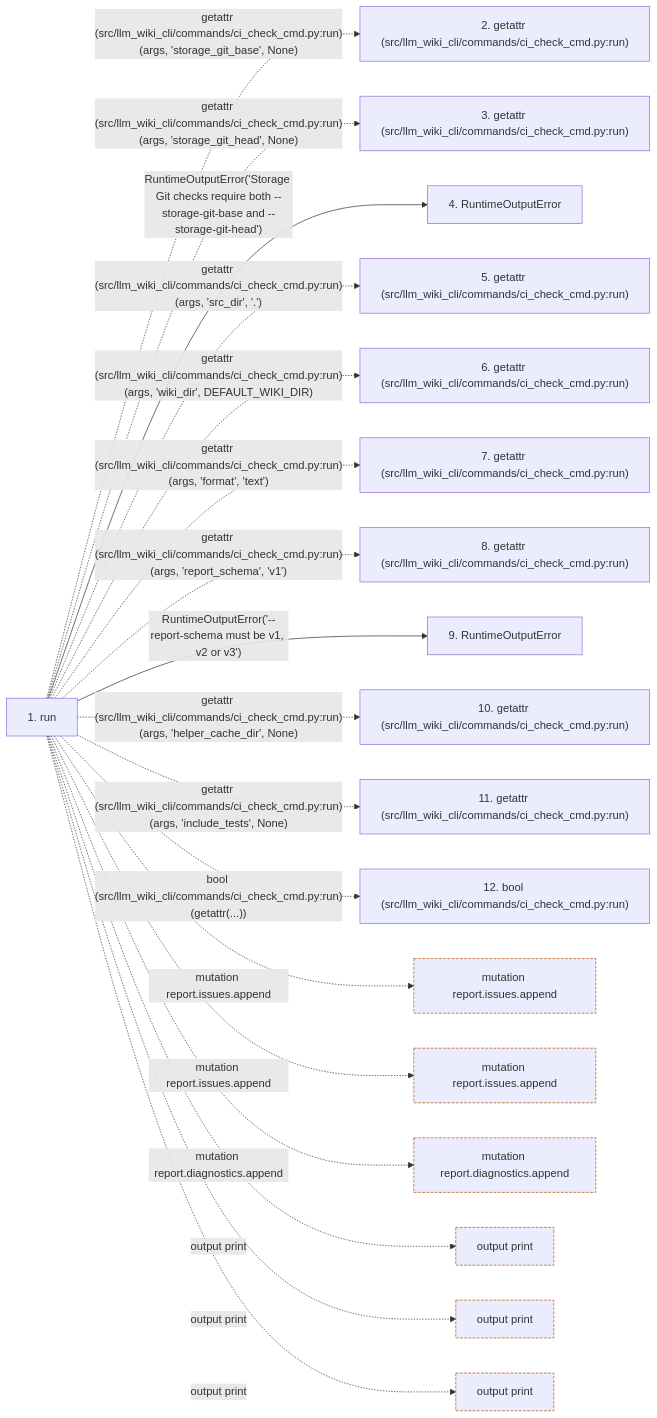
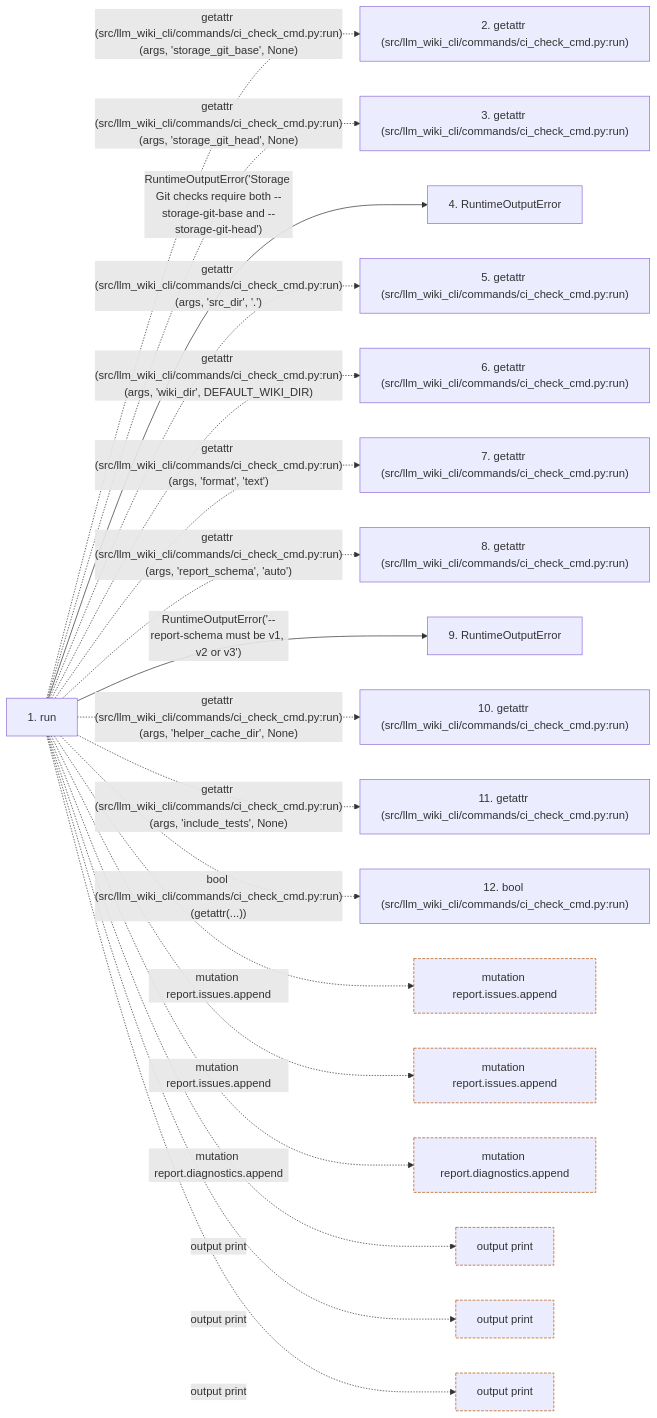
One commit to Denissvgn/python-wiki-llm changed the second of 2 diagrams in docs/llm_wiki/flows/cli-ci-check.md. Above: the diagram before and after it, drawn with Mermaid. The commit also changed other lines of this file and 391 other files, not shown here.

````diff
--- a/docs/llm_wiki/flows/cli-ci-check.md
+++ b/docs/llm_wiki/flows/cli-ci-check.md
@@ -134,48 +136,48 @@
 ```mermaid
 flowchart LR
     s1["1. run"]
     s2["2. getattr (src/llm_wiki_cli/commands/ci_check_cmd.py:run)"]
     s3["3. getattr (src/llm_wiki_cli/commands/ci_check_cmd.py:run)"]
     s4["4. RuntimeOutputError"]
     s5["5. getattr (src/llm_wiki_cli/commands/ci_check_cmd.py:run)"]
     s6["6. getattr (src/llm_wiki_cli/commands/ci_check_cmd.py:run)"]
     s7["7. getattr (src/llm_wiki_cli/commands/ci_check_cmd.py:run)"]
     s8["8. getattr (src/llm_wiki_cli/commands/ci_check_cmd.py:run)"]
     s9["9. RuntimeOutputError"]
     s10["10. getattr (src/llm_wiki_cli/commands/ci_check_cmd.py:run)"]
     s11["11. getattr (src/llm_wiki_cli/commands/ci_check_cmd.py:run)"]
     s12["12. bool (src/llm_wiki_cli/commands/ci_check_cmd.py:run)"]
     s1 -. "getattr (src/llm_wiki_cli/commands/ci_check_cmd.py:run)(args, 'storage_git_base', None)" .-> s2
     s1 -. "getattr (src/llm_wiki_cli/commands/ci_check_cmd.py:run)(args, 'storage_git_head', None)" .-> s3
     s1 -->|"RuntimeOutputError('Storage Git checks require both --storage-git-base and --storage-git-head')"| s4
     s1 -. "getattr (src/llm_wiki_cli/commands/ci_check_cmd.py:run)(args, 'src_dir', '.')" .-> s5
     s1 -. "getattr (src/llm_wiki_cli/commands/ci_check_cmd.py:run)(args, 'wiki_dir', DEFAULT_WIKI_DIR)" .-> s6
     s1 -. "getattr (src/llm_wiki_cli/commands/ci_check_cmd.py:run)(args, 'format', 'text')" .-> s7
-    s1 -. "getattr (src/llm_wiki_cli/commands/ci_check_cmd.py:run)(args, 'report_schema', 'v1')" .-> s8
+    s1 -. "getattr (src/llm_wiki_cli/commands/ci_check_cmd.py:run)(args, 'report_schema', 'auto')" .-> s8
     s1 -->|"RuntimeOutputError('--report-schema must be v1, v2 or v3')"| s9
     s1 -. "getattr (src/llm_wiki_cli/commands/ci_check_cmd.py:run)(args, 'helper_cache_dir', None)" .-> s10
     s1 -. "getattr (src/llm_wiki_cli/commands/ci_check_cmd.py:run)(args, 'include_tests', None)" .-> s11
     s1 -. "bool (src/llm_wiki_cli/commands/ci_check_cmd.py:run)(getattr(...))" .-> s12
     b0["mutation report.issues.append"]
     s1 -. "mutation report.issues.append" .-> b0
     b1["mutation report.issues.append"]
     s1 -. "mutation report.issues.append" .-> b1
     b2["mutation report.diagnostics.append"]
     s1 -. "mutation report.diagnostics.append" .-> b2
     b3["output print"]
     s1 -. "output print" .-> b3
     b4["output print"]
     s1 -. "output print" .-> b4
     b5["output print"]
     s1 -. "output print" .-> b5
     click s1 "../modules/ci_check_cmd.md"
     click s4 "../modules/runtime_output.md"
     click s9 "../modules/runtime_output.md"
     classDef boundary stroke:#b45309,stroke-dasharray: 4 2
     class b0 boundary
     class b1 boundary
     class b2 boundary
     class b3 boundary
     class b4 boundary
     class b5 boundary
 ```
````
